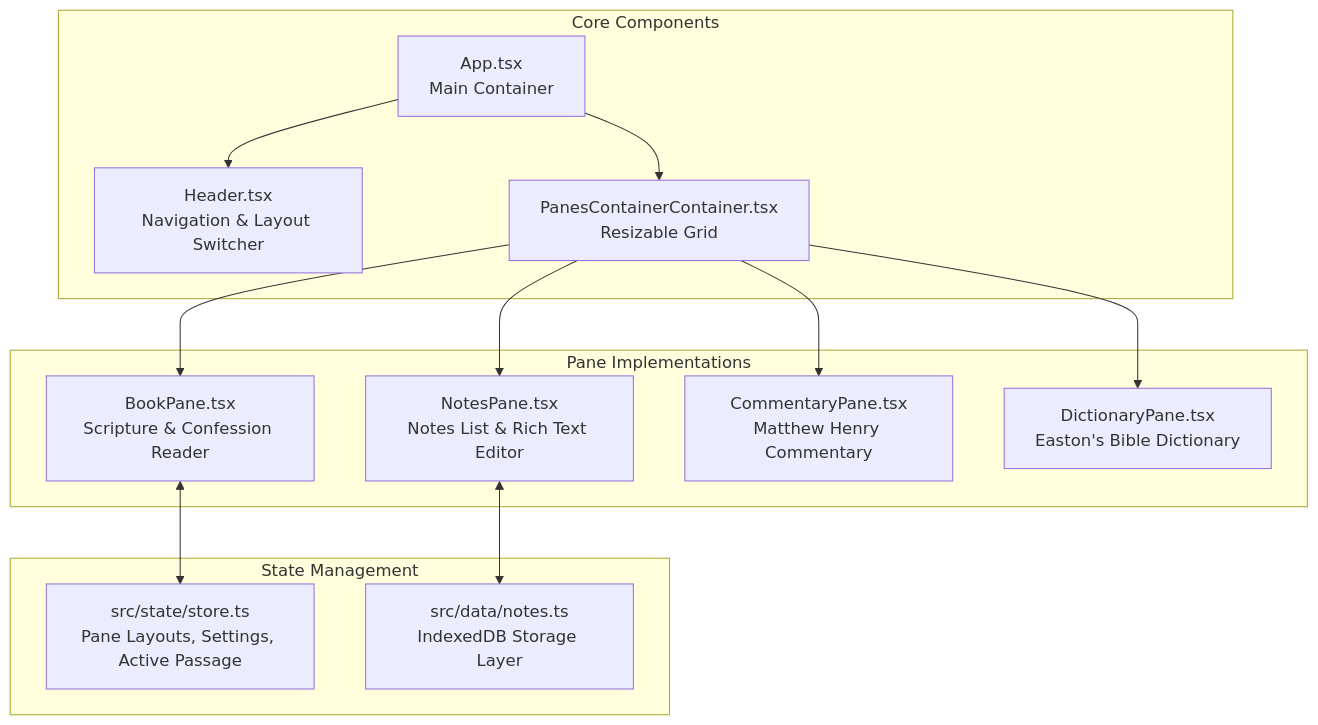
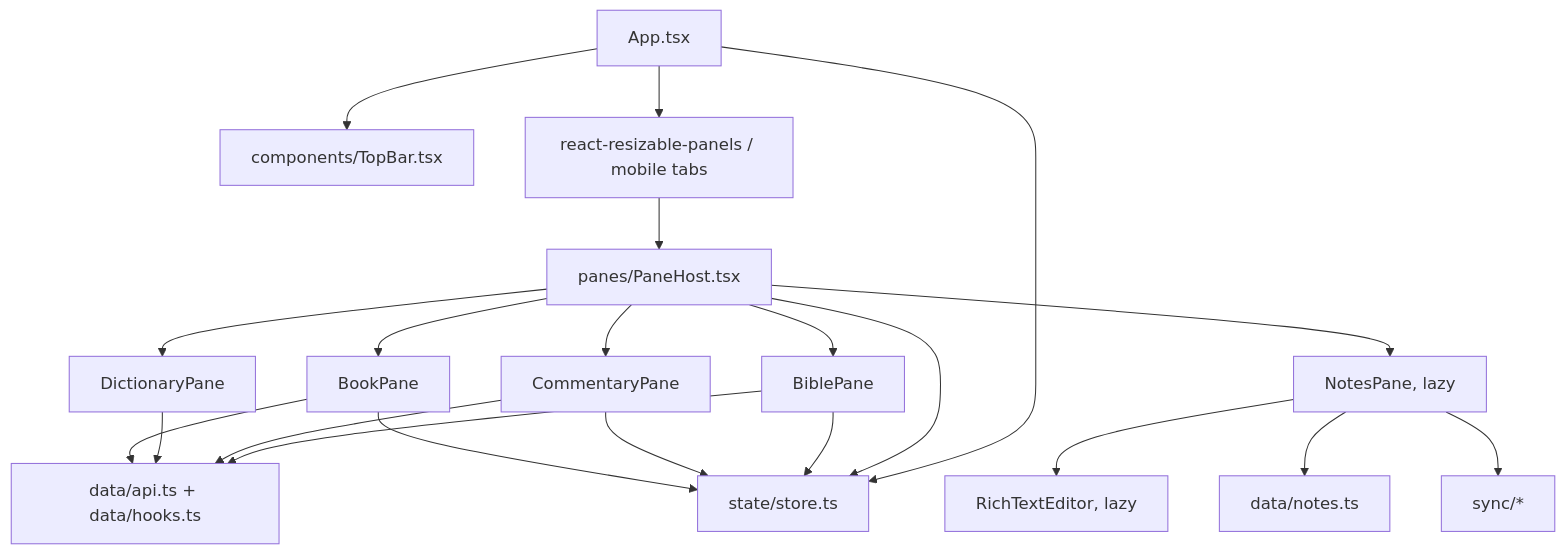
One commit to htrendafilov/DidacheDynamis changed the diagram in docs/developer/web-spa.md. Above: the diagram before and after it, drawn with Mermaid. The commit also changed other lines of this file and 29 other files, not shown here.

````diff
--- a/docs/developer/web-spa.md
+++ b/docs/developer/web-spa.md
@@ -7,30 +9,16 @@
 ```mermaid
 flowchart TD
-    subgraph Core Components
-        App[App.tsx\nMain Container]
-        Header[Header.tsx\nNavigation & Layout Switcher]
-        PanesContainer[PanesContainerContainer.tsx\nResizable Grid]
-    end
-
-    subgraph Pane Implementations
-        BookPane[BookPane.tsx\nScripture & Confession Reader]
-        NotesPane[NotesPane.tsx\nNotes List & Rich Text Editor]
-        CommentaryPane[CommentaryPane.tsx\nMatthew Henry Commentary]
-        DictionaryPane[DictionaryPane.tsx\nEaston's Bible Dictionary]
-    end
-
-    subgraph State Management
-        ZustandStore[src/state/store.ts\nPane Layouts, Settings, Active Passage]
-        NotesDB[src/data/notes.ts\nIndexedDB Storage Layer]
-    end
-
-    App --> Header
-    App --> PanesContainer
-    PanesContainer --> BookPane
-    PanesContainer --> NotesPane
-    PanesContainer --> CommentaryPane
-    PanesContainer --> DictionaryPane
-
-    BookPane <--> ZustandStore
-    NotesPane <--> NotesDB
+    App[App.tsx] --> TopBar[components/TopBar.tsx]
+    App --> PanelGroup[react-resizable-panels / mobile tabs]
+    PanelGroup --> Host[panes/PaneHost.tsx]
+    Host --> Bible[BiblePane]
+    Host --> Commentary[CommentaryPane]
+    Host --> Dictionary[DictionaryPane]
+    Host --> Book[BookPane]
+    Host --> Notes[NotesPane, lazy]
+    Notes --> Editor[RichTextEditor, lazy]
+    Bible & Commentary & Dictionary & Book --> API[data/api.ts + data/hooks.ts]
+    App & Host & Bible & Commentary & Book --> Store[state/store.ts]
+    Notes --> Dexie[data/notes.ts]
+    Notes --> Dropbox[sync/*]
 ```
````
